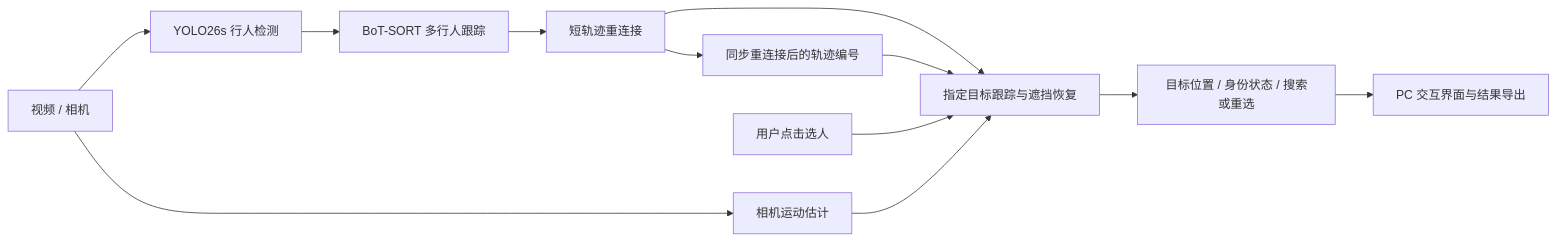
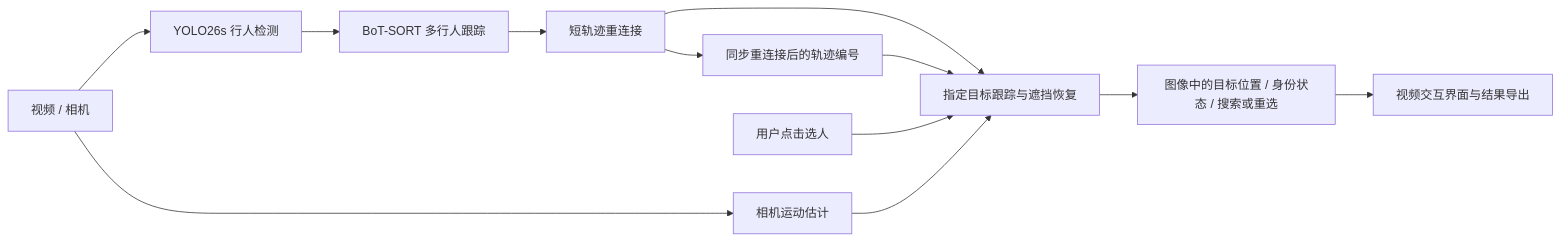
Before and after one commit to chenweijun777/selected-person-tracking: the diagram in README.md, drawn with Mermaid. The commit also changed other lines of this file and 48 other files, not shown here.

````diff
--- a/README.md
+++ b/README.md
@@ -23,14 +23,14 @@
 ```mermaid
 flowchart LR
     V[视频 / 相机] --> D[YOLO26s 行人检测]
     D --> T[BoT-SORT 多行人跟踪]
     T --> S[短轨迹重连接]
     S --> A[指定目标跟踪与遮挡恢复]
     S --> H[同步重连接后的轨迹编号]
     H --> A
     U[用户点击选人] --> A
     V --> M[相机运动估计]
     M --> A
-    A --> O[目标位置 / 身份状态 / 搜索或重选]
-    O --> G[PC 交互界面与结果导出]
+    A --> O[图像中的目标位置 / 身份状态 / 搜索或重选]
+    O --> G[视频交互界面与结果导出]
 ```
````
